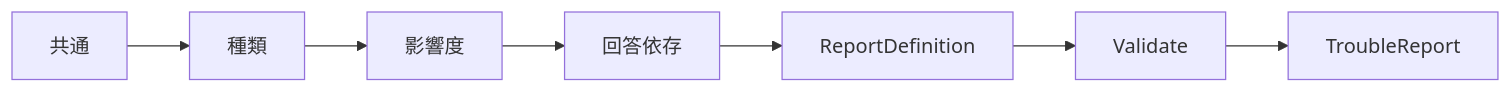
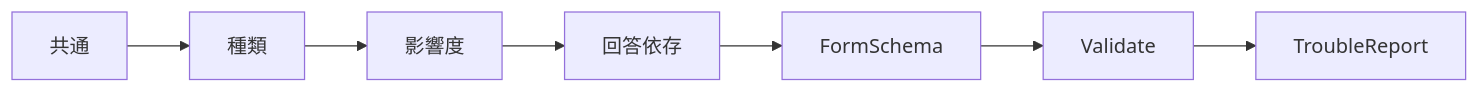
The fifth of 5 diagrams in README.md (kouji0705/domain_service_study), drawn with Mermaid before and after one commit. The commit also changed other lines of this file and 27 other files, not shown here.

````diff
--- a/README.md
+++ b/README.md
@@ -269,9 +269,9 @@
 ```mermaid
 flowchart LR
   common[共通] --> type[種類]
   type --> impact[影響度]
   impact --> branch[回答依存]
-  branch --> def[ReportDefinition]
+  branch --> def[FormSchema]
   def --> validate[Validate]
   validate --> report[TroubleReport]
 ```
````
